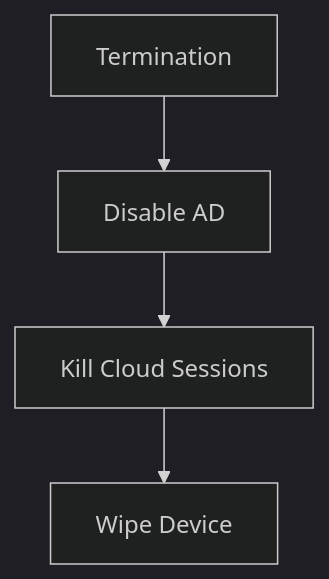
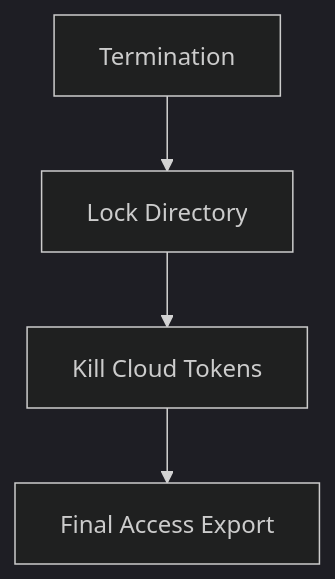
Diagram 13 of 30 in README.md (Devopstrio/identity-governance-framework), drawn with Mermaid (dark theme) before and after one commit. The commit also changed other lines of this file, not shown here.

Commit message:
docs: finalize premium institutional-grade README with 30+ diagrams and executive summary

````diff
--- a/README.md
+++ b/README.md
@@ -115,6 +223,6 @@
 ```mermaid
 graph TD
-    Term[Termination] --> Lock[Disable AD]
-    Lock --> Revoke[Kill Cloud Sessions]
-    Revoke --> Clear[Wipe Device]
+    Term[Termination] --> Lock[Lock Directory]
+    Lock --> Revoke[Kill Cloud Tokens]
+    Revoke --> Audit[Final Access Export]
 ```
````
